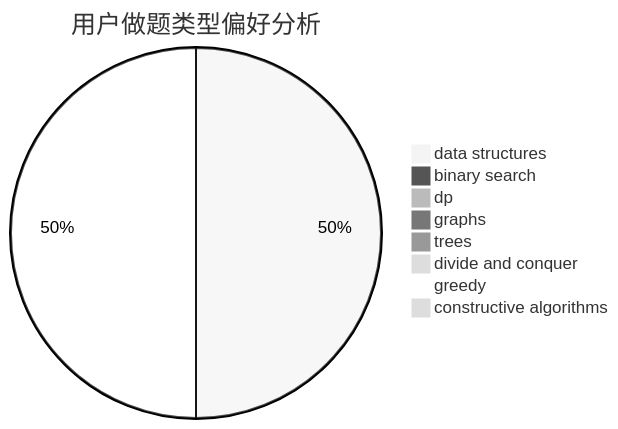
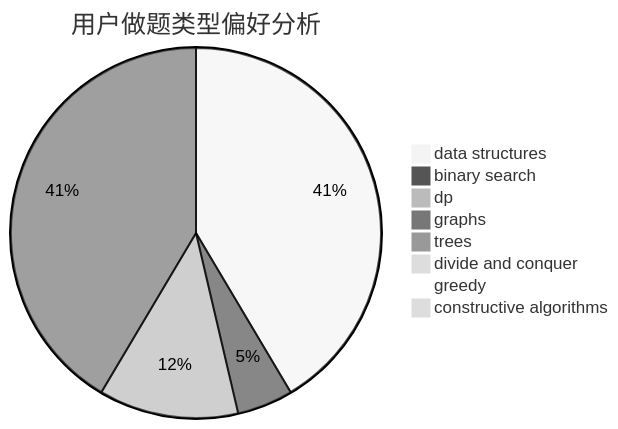
Before and after one commit to sherpahu/cfrs.github.io: the second of 3 diagrams in docs/user/u2468.md, drawn with Mermaid (neutral theme). The commit also changed other lines of this file and 2770 other files, not shown here.

````diff
--- a/docs/user/u2468.md
+++ b/docs/user/u2468.md
@@ -23,11 +23,11 @@
 ```mermaid
 pie title 用户做题类型偏好分析
-    "data structures" :  6
-    "binary search" :  0
-    "dp" :  0
-    "graphs" :  0
+    "data structures" :  17
+    "binary search" :  2
+    "dp" :  5
+    "graphs" :  17
     "trees" :  0
     "divide and conquer" :  0
-    "greedy" :  6
+    "greedy" :  0
     "constructive algorithms" :  0
 ```
````
